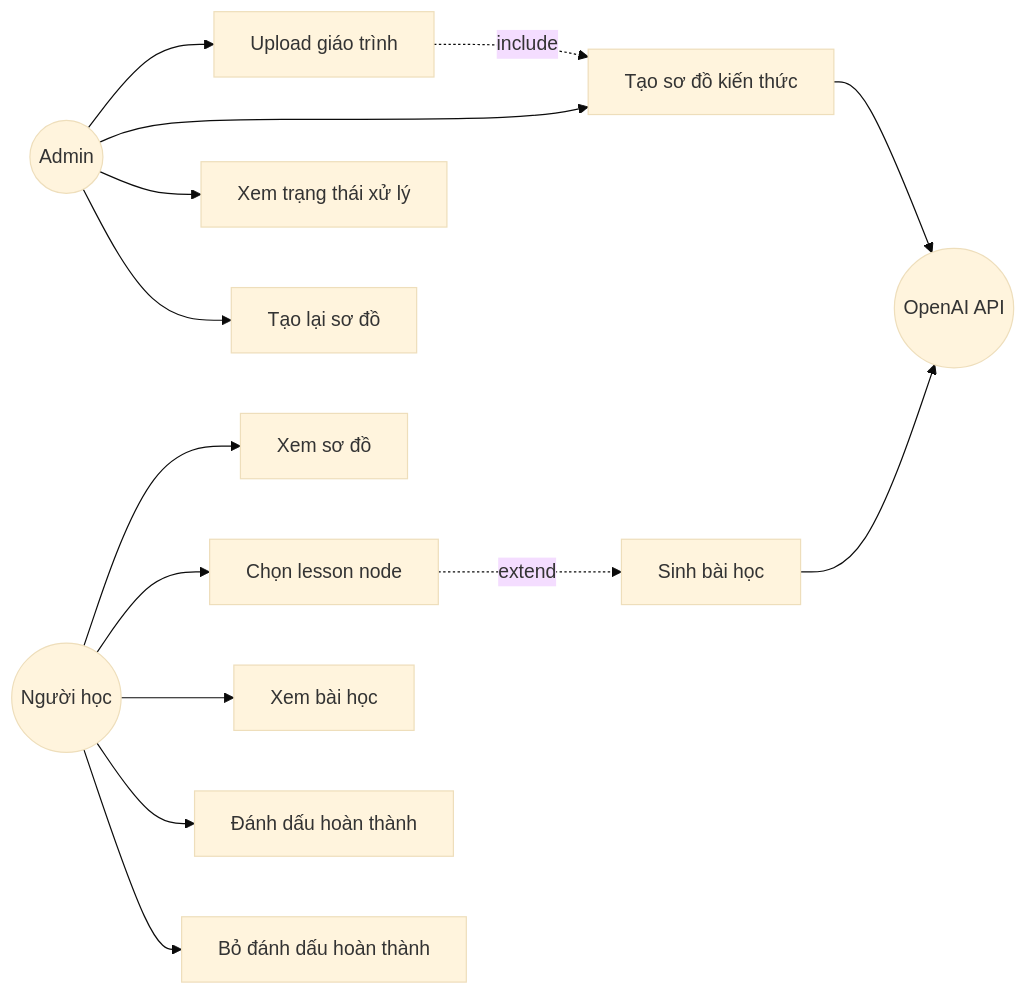
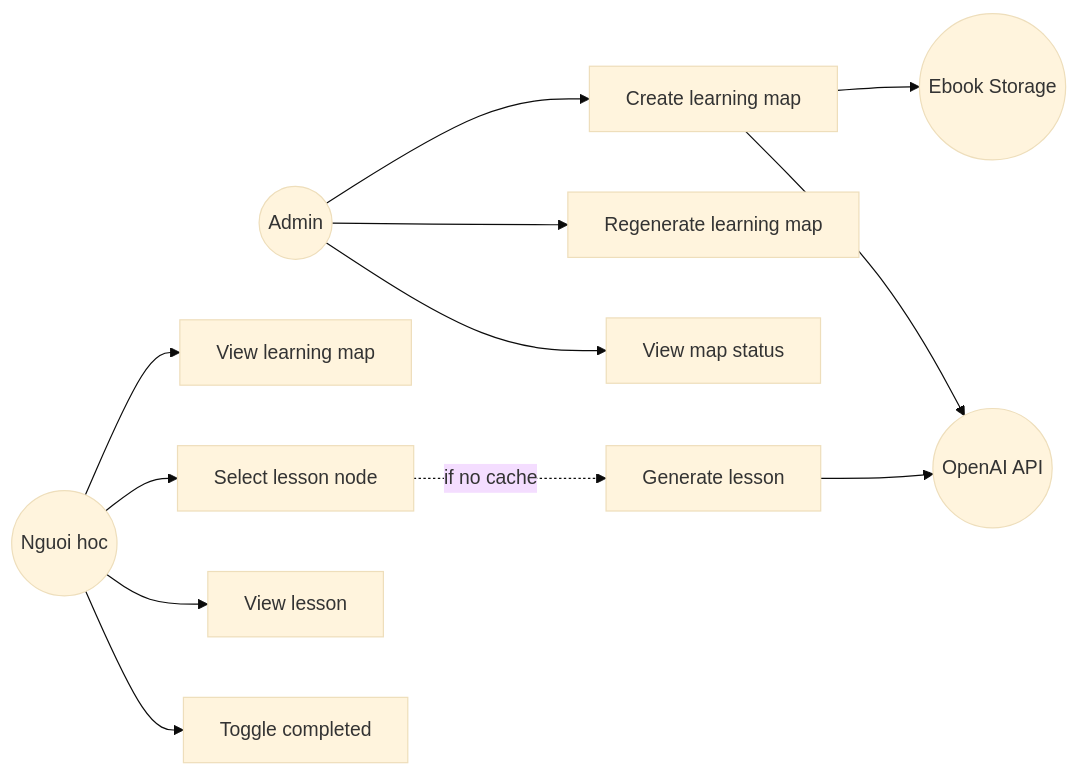
One commit to nguyen-le-huy/meomeo changed the second of 5 diagrams in docs/02_PHAN_TICH_VA_THIET_KE_HE_THONG.md. Above: the diagram before and after it, drawn with Mermaid (base theme). The commit also changed other lines of this file and 4 other files, not shown here.

````diff
--- a/docs/02_PHAN_TICH_VA_THIET_KE_HE_THONG.md
+++ b/docs/02_PHAN_TICH_VA_THIET_KE_HE_THONG.md
@@ -202,33 +210,30 @@
 ```mermaid
 flowchart LR
     Admin((Admin))
-    Learner((Người học))
+    Learner((Nguoi hoc))
     OpenAI((OpenAI API))
+    Storage((Ebook Storage))
 
-    UC1[Upload giáo trình]
-    UC2[Tạo sơ đồ kiến thức]
-    UC3[Xem trạng thái xử lý]
-    UC4[Tạo lại sơ đồ]
-    UC5[Xem sơ đồ]
-    UC6[Chọn lesson node]
-    UC7[Sinh bài học]
-    UC8[Xem bài học]
-    UC9[Đánh dấu hoàn thành]
-    UC10[Bỏ đánh dấu hoàn thành]
+    UC1["Create learning map"]
+    UC2["Regenerate learning map"]
+    UC3["View map status"]
+    UC4["View learning map"]
+    UC5["Select lesson node"]
+    UC6["Generate lesson"]
+    UC7["View lesson"]
+    UC8["Toggle completed"]
 
     Admin --> UC1
     Admin --> UC2
     Admin --> UC3
-    Admin --> UC4
 
+    Learner --> UC4
     Learner --> UC5
-    Learner --> UC6
+    Learner --> UC7
     Learner --> UC8
-    Learner --> UC9
-    Learner --> UC10
 
-    UC1 -. include .-> UC2
-    UC6 -. extend .-> UC7
-    UC2 --> OpenAI
-    UC7 --> OpenAI
+    UC1 --> Storage
+    UC1 --> OpenAI
+    UC5 -. "if no cache" .-> UC6
+    UC6 --> OpenAI
 ```
````
